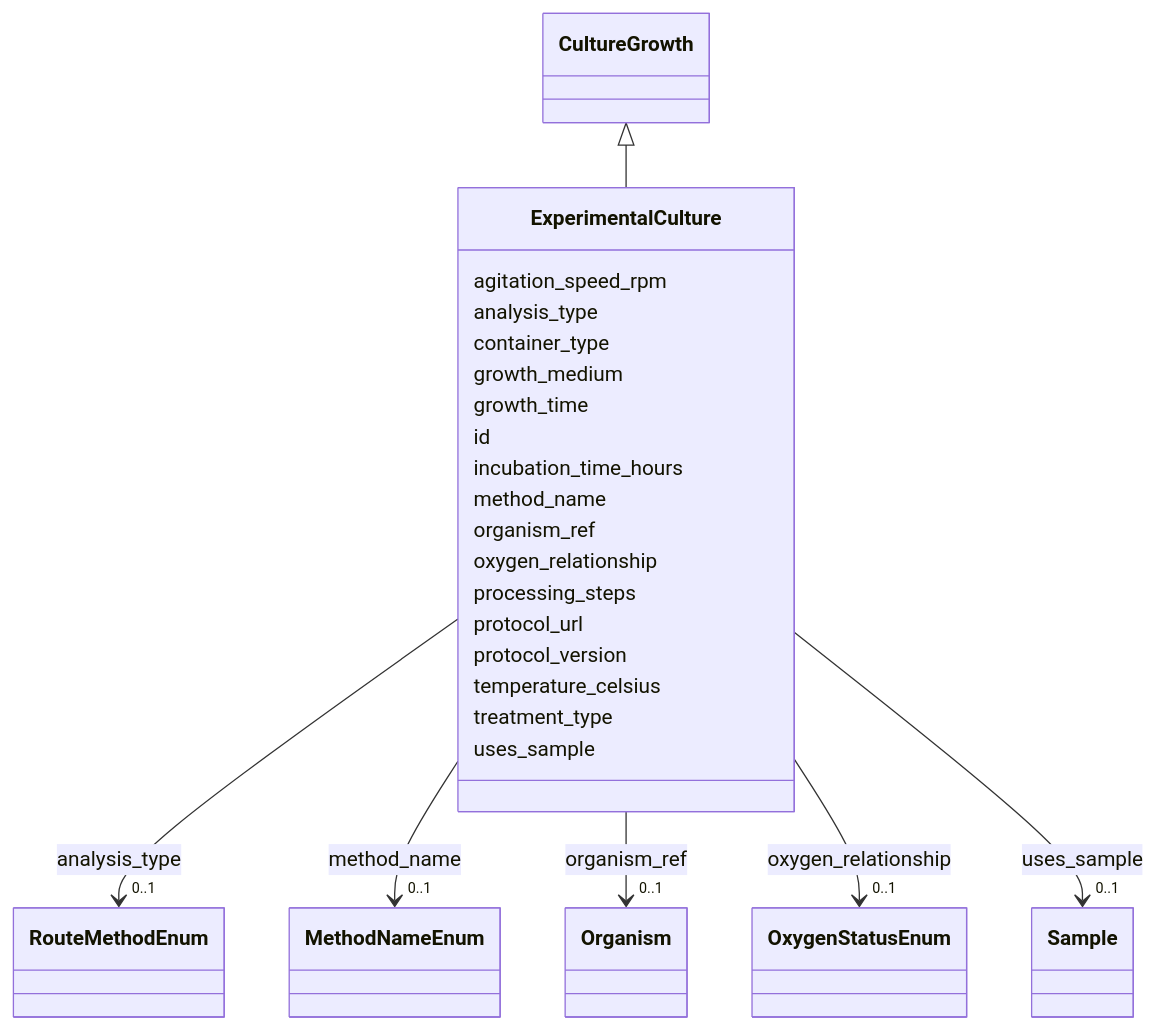
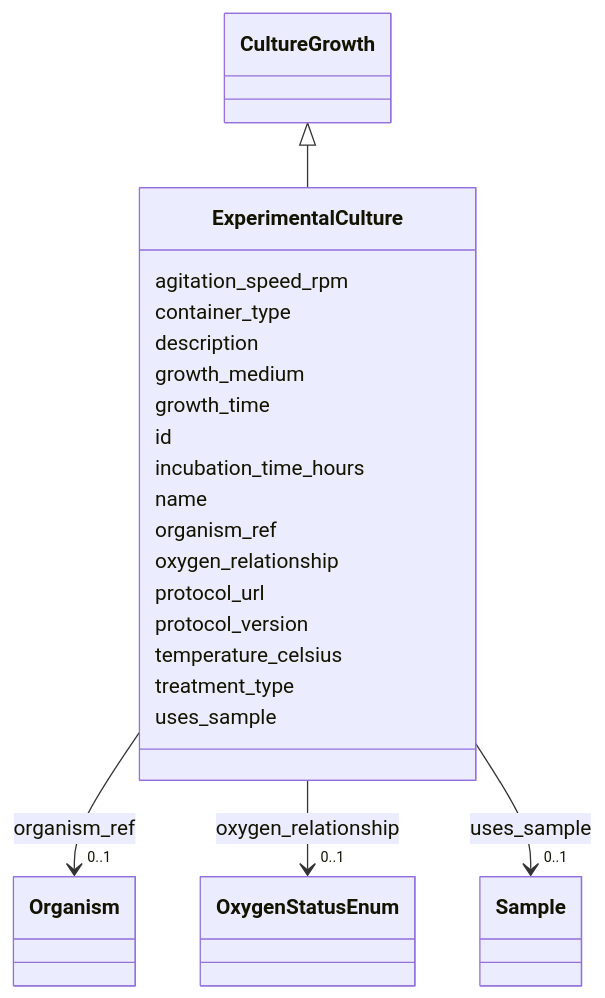
The diagram in docs/elements/ExperimentalCulture.md (EMSL-Computing/BASALT-Schema), drawn with Mermaid before and after one commit. The commit also changed other lines of this file and 550 other files, not shown here.

````diff
--- a/docs/elements/ExperimentalCulture.md
+++ b/docs/elements/ExperimentalCulture.md
@@ -28,86 +28,66 @@
 ```mermaid
  classDiagram
     class ExperimentalCulture
     click ExperimentalCulture href "../ExperimentalCulture/"
       CultureGrowth <|-- ExperimentalCulture
         click CultureGrowth href "../CultureGrowth/"
       
       ExperimentalCulture : agitation_speed_rpm
         
-      ExperimentalCulture : analysis_type
+      ExperimentalCulture : container_type
         
-          
-    
-        
-        
-        ExperimentalCulture --> "0..1" RouteMethodEnum : analysis_type
-        click RouteMethodEnum href "../RouteMethodEnum/"
-    
-
-        
-      ExperimentalCulture : container_type
+      ExperimentalCulture : description
         
       ExperimentalCulture : growth_medium
         
       ExperimentalCulture : growth_time
         
       ExperimentalCulture : id
         
       ExperimentalCulture : incubation_time_hours
         
-      ExperimentalCulture : method_name
-        
-          
-    
-        
-        
-        ExperimentalCulture --> "0..1" MethodNameEnum : method_name
-        click MethodNameEnum href "../MethodNameEnum/"
-    
-
+      ExperimentalCulture : name
         
       ExperimentalCulture : organism_ref
         
           
     
         
         
         ExperimentalCulture --> "0..1" Organism : organism_ref
         click Organism href "../Organism/"
     
 
         
       ExperimentalCulture : oxygen_relationship
         
           
     
         
         
         ExperimentalCulture --> "0..1" OxygenStatusEnum : oxygen_relationship
         click OxygenStatusEnum href "../OxygenStatusEnum/"
     
 
         
-      ExperimentalCulture : processing_steps
-        
       ExperimentalCulture : protocol_url
         
       ExperimentalCulture : protocol_version
         
       ExperimentalCulture : temperature_celsius
         
       ExperimentalCulture : treatment_type
         
       ExperimentalCulture : uses_sample
         
           
     
         
         
         ExperimentalCulture --> "0..1" Sample : uses_sample
         click Sample href "../Sample/"
     
 
         
       
 ```
````
